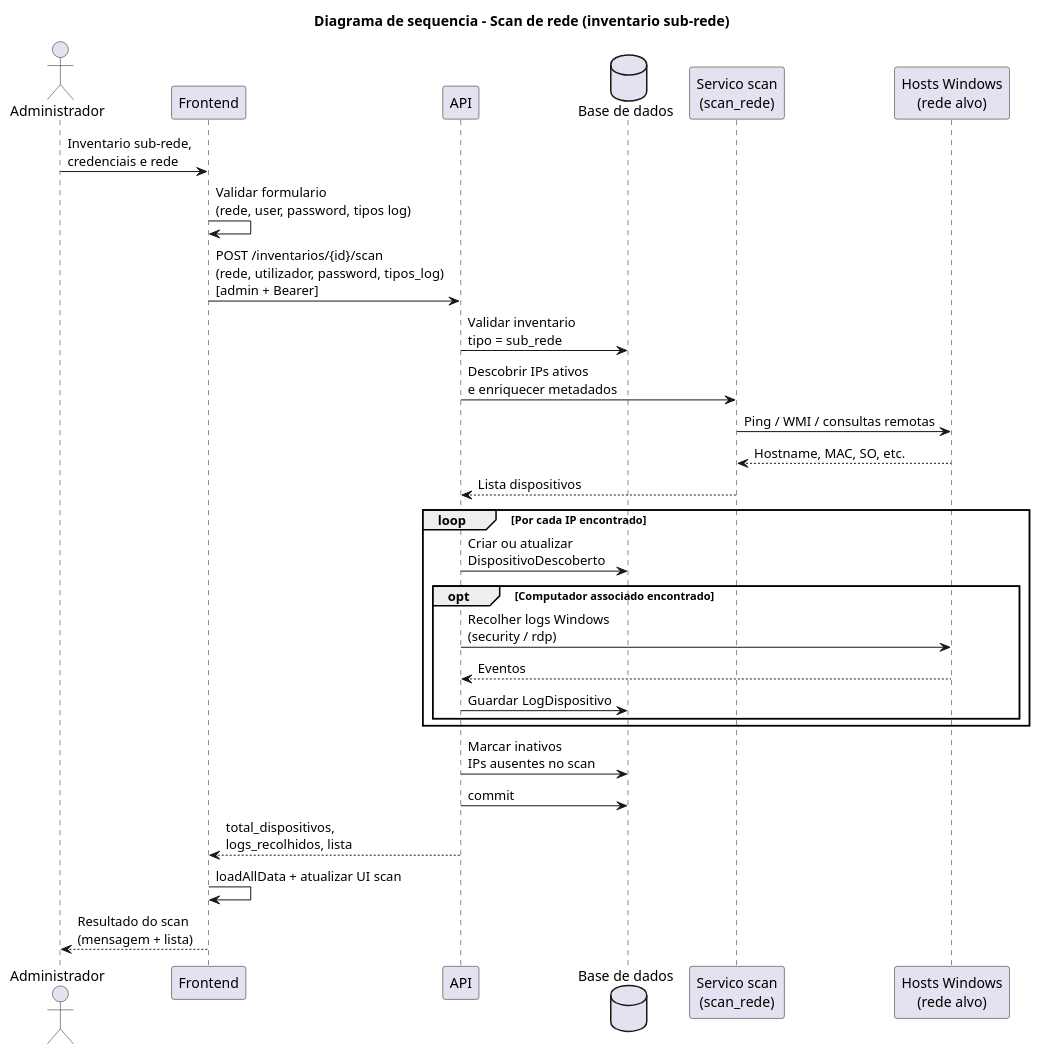
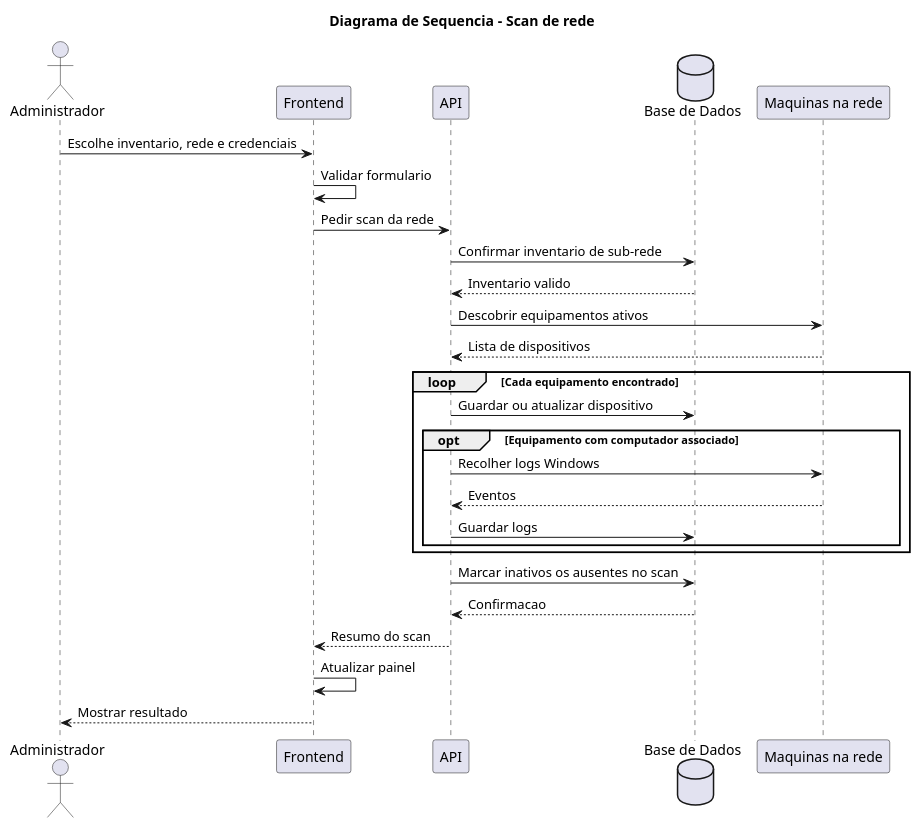
The diagram in docs/diagramas/sequenciais/03-scan-rede.puml (rafapinto888-web/Projeto-de-estagio), drawn with PlantUML before and after one commit. The commit also changed 15 other files, not shown here.

```diff
--- a/docs/diagramas/sequenciais/03-scan-rede.puml
+++ b/docs/diagramas/sequenciais/03-scan-rede.puml
@@ -1,40 +1,40 @@
-@startuml sequencia_scan_rede
-skinparam shadowing false
-skinparam backgroundColor white
-title Diagrama de sequencia - Scan de rede (inventario sub-rede)
+@startuml
+title Diagrama de Sequencia - Scan de rede
 
-actor "Administrador" as U
+actor Administrador as U
 participant Frontend as FE
 participant API as API
-database "Base de dados" as BD
-participant "Servico scan\n(scan_rede)" as SCAN
-participant "Hosts Windows\n(rede alvo)" as WIN
+database "Base de Dados" as BD
+participant "Maquinas na rede" as REDE
 
-U -> FE : Inventario sub-rede,\ncredenciais e rede
-FE -> FE : Validar formulario\n(rede, user, password, tipos log)
+U -> FE : Escolhe inventario, rede e credenciais
 
-FE -> API : POST /inventarios/{id}/scan\n(rede, utilizador, password, tipos_log)\n[admin + Bearer]
+FE -> FE : Validar formulario
 
-API -> BD : Validar inventario\ntipo = sub_rede
-API -> SCAN : Descobrir IPs ativos\ne enriquecer metadados
-SCAN -> WIN : Ping / WMI / consultas remotas
-WIN --> SCAN : Hostname, MAC, SO, etc.
-SCAN --> API : Lista dispositivos
+FE -> API : Pedir scan da rede
 
-loop Por cada IP encontrado
-  API -> BD : Criar ou atualizar\nDispositivoDescoberto
-  opt Computador associado encontrado
-    API -> WIN : Recolher logs Windows\n(security / rdp)
-    WIN --> API : Eventos
-    API -> BD : Guardar LogDispositivo
+API -> BD : Confirmar inventario de sub-rede
+BD --> API : Inventario valido
+
+API -> REDE : Descobrir equipamentos ativos
+REDE --> API : Lista de dispositivos
+
+loop Cada equipamento encontrado
+  API -> BD : Guardar ou atualizar dispositivo
+  opt Equipamento com computador associado
+    API -> REDE : Recolher logs Windows
+    REDE --> API : Eventos
+    API -> BD : Guardar logs
   end
 end
 
-API -> BD : Marcar inativos\nIPs ausentes no scan
-API -> BD : commit
-API --> FE : total_dispositivos,\nlogs_recolhidos, lista
+API -> BD : Marcar inativos os ausentes no scan
+BD --> API : Confirmacao
 
-FE -> FE : loadAllData + atualizar UI scan
-FE --> U : Resultado do scan\n(mensagem + lista)
+API --> FE : Resumo do scan
+
+FE -> FE : Atualizar painel
+
+FE --> U : Mostrar resultado
 
 @enduml
```
